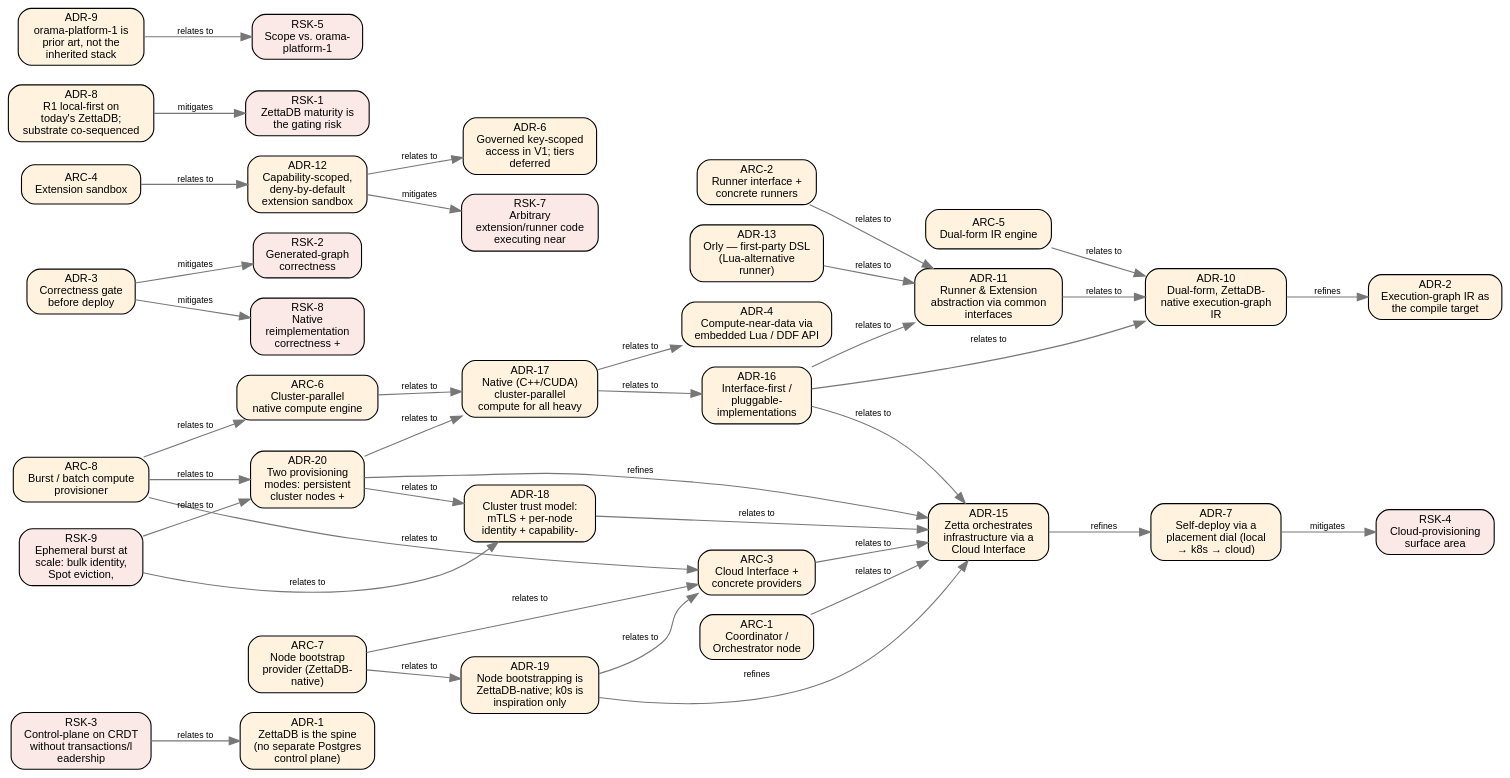
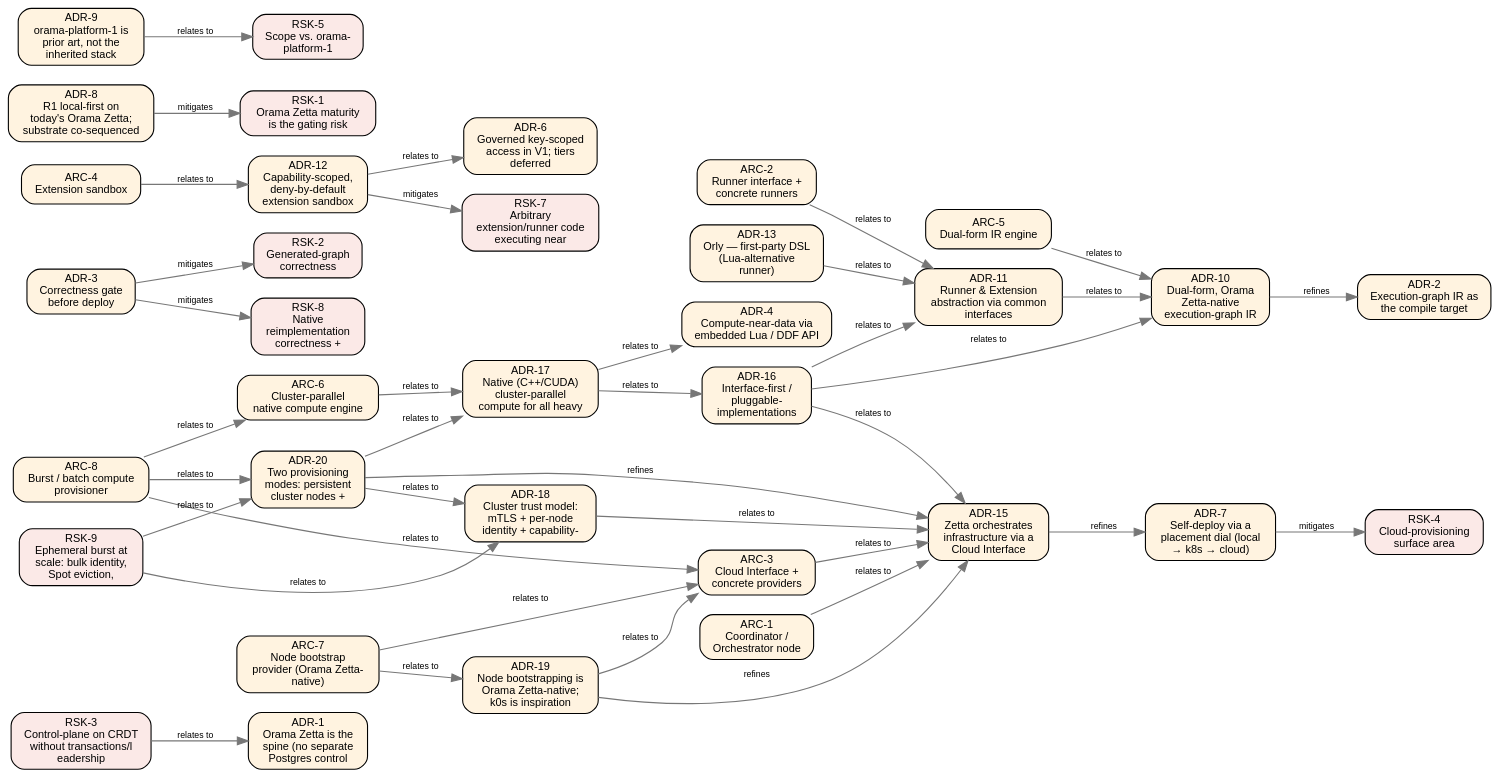
Before and after one commit to oramasearch/zetta-docs: the diagram in docs/diagrams/architecture.dot, drawn with Graphviz. The commit also changed 18 other files, not shown here.

First line of the commit message:
docs: re-sync from blueprint — Orama Zetta rename, decision ADRs, UC-1 build-out

```diff
--- a/docs/diagrams/architecture.dot
+++ b/docs/diagrams/architecture.dot
@@ -1,75 +1,75 @@
 digraph architecture {
   rankdir=LR; bgcolor="transparent";
   node [shape=box style="rounded,filled" fontname="Helvetica" fontsize=10];
   edge [fontname="Helvetica" fontsize=8 color="#777777"];
-  "ADR-1" [label="ADR-1\nZettaDB is the spine\n(no separate Postgres\ncontrol plane)", fillcolor="#fff3e0"];
+  "ADR-1" [label="ADR-1\nOrama Zetta is the\nspine (no separate\nPostgres control", fillcolor="#fff3e0"];
   "ADR-2" [label="ADR-2\nExecution-graph IR as\nthe compile target", fillcolor="#fff3e0"];
   "ADR-3" [label="ADR-3\nCorrectness gate\nbefore deploy", fillcolor="#fff3e0"];
   "ADR-4" [label="ADR-4\nCompute-near-data via\nembedded Lua / DDF API", fillcolor="#fff3e0"];
   "ADR-6" [label="ADR-6\nGoverned key-scoped\naccess in V1; tiers\ndeferred", fillcolor="#fff3e0"];
   "ADR-7" [label="ADR-7\nSelf-deploy via a\nplacement dial (local\n→ k8s → cloud)", fillcolor="#fff3e0"];
-  "ADR-8" [label="ADR-8\nR1 local-first on\ntoday's ZettaDB;\nsubstrate co-sequenced", fillcolor="#fff3e0"];
+  "ADR-8" [label="ADR-8\nR1 local-first on\ntoday's Orama Zetta;\nsubstrate co-sequenced", fillcolor="#fff3e0"];
   "ADR-9" [label="ADR-9\norama-platform-1 is\nprior art, not the\ninherited stack", fillcolor="#fff3e0"];
-  "ADR-10" [label="ADR-10\nDual-form, ZettaDB-\nnative execution-graph\nIR", fillcolor="#fff3e0"];
+  "ADR-10" [label="ADR-10\nDual-form, Orama\nZetta-native\nexecution-graph IR", fillcolor="#fff3e0"];
   "ADR-11" [label="ADR-11\nRunner & Extension\nabstraction via common\ninterfaces", fillcolor="#fff3e0"];
   "ADR-12" [label="ADR-12\nCapability-scoped,\ndeny-by-default\nextension sandbox", fillcolor="#fff3e0"];
   "ADR-13" [label="ADR-13\nOrly — first-party DSL\n(Lua-alternative\nrunner)", fillcolor="#fff3e0"];
   "ADR-15" [label="ADR-15\nZetta orchestrates\ninfrastructure via a\nCloud Interface", fillcolor="#fff3e0"];
   "ADR-16" [label="ADR-16\nInterface-first /\npluggable-\nimplementations", fillcolor="#fff3e0"];
   "ADR-17" [label="ADR-17\nNative (C++/CUDA)\ncluster-parallel\ncompute for all heavy", fillcolor="#fff3e0"];
   "ADR-18" [label="ADR-18\nCluster trust model:\nmTLS + per-node\nidentity + capability-", fillcolor="#fff3e0"];
-  "ADR-19" [label="ADR-19\nNode bootstrapping is\nZettaDB-native; k0s is\ninspiration only", fillcolor="#fff3e0"];
+  "ADR-19" [label="ADR-19\nNode bootstrapping is\nOrama Zetta-native;\nk0s is inspiration", fillcolor="#fff3e0"];
   "ADR-20" [label="ADR-20\nTwo provisioning\nmodes: persistent\ncluster nodes +", fillcolor="#fff3e0"];
   "ARC-1" [label="ARC-1\nCoordinator /\nOrchestrator node", fillcolor="#fff3e0"];
   "ARC-2" [label="ARC-2\nRunner interface +\nconcrete runners", fillcolor="#fff3e0"];
   "ARC-3" [label="ARC-3\nCloud Interface +\nconcrete providers", fillcolor="#fff3e0"];
   "ARC-4" [label="ARC-4\nExtension sandbox", fillcolor="#fff3e0"];
   "ARC-5" [label="ARC-5\nDual-form IR engine", fillcolor="#fff3e0"];
   "ARC-6" [label="ARC-6\nCluster-parallel\nnative compute engine", fillcolor="#fff3e0"];
-  "ARC-7" [label="ARC-7\nNode bootstrap\nprovider (ZettaDB-\nnative)", fillcolor="#fff3e0"];
+  "ARC-7" [label="ARC-7\nNode bootstrap\nprovider (Orama Zetta-\nnative)", fillcolor="#fff3e0"];
   "ARC-8" [label="ARC-8\nBurst / batch compute\nprovisioner", fillcolor="#fff3e0"];
-  "RSK-1" [label="RSK-1\nZettaDB maturity is\nthe gating risk", fillcolor="#fbe9e7"];
+  "RSK-1" [label="RSK-1\nOrama Zetta maturity\nis the gating risk", fillcolor="#fbe9e7"];
   "RSK-2" [label="RSK-2\nGenerated-graph\ncorrectness", fillcolor="#fbe9e7"];
   "RSK-3" [label="RSK-3\nControl-plane on CRDT\nwithout transactions/l\neadership", fillcolor="#fbe9e7"];
   "RSK-4" [label="RSK-4\nCloud-provisioning\nsurface area", fillcolor="#fbe9e7"];
   "RSK-5" [label="RSK-5\nScope vs. orama-\nplatform-1", fillcolor="#fbe9e7"];
   "RSK-7" [label="RSK-7\nArbitrary\nextension/runner code\nexecuting near", fillcolor="#fbe9e7"];
   "RSK-8" [label="RSK-8\nNative\nreimplementation\ncorrectness +", fillcolor="#fbe9e7"];
   "RSK-9" [label="RSK-9\nEphemeral burst at\nscale: bulk identity,\nSpot eviction,", fillcolor="#fbe9e7"];
   "ADR-10" -> "ADR-2" [label="refines"];
   "ADR-11" -> "ADR-10" [label="relates to"];
   "ADR-12" -> "RSK-7" [label="mitigates"];
   "ADR-12" -> "ADR-6" [label="relates to"];
   "ADR-13" -> "ADR-11" [label="relates to"];
   "ADR-15" -> "ADR-7" [label="refines"];
   "ADR-16" -> "ADR-10" [label="relates to"];
   "ADR-16" -> "ADR-11" [label="relates to"];
   "ADR-16" -> "ADR-15" [label="relates to"];
   "ADR-17" -> "ADR-16" [label="relates to"];
   "ADR-17" -> "ADR-4" [label="relates to"];
   "ADR-18" -> "ADR-15" [label="relates to"];
   "ADR-19" -> "ADR-15" [label="refines"];
   "ADR-19" -> "ARC-3" [label="relates to"];
   "ADR-20" -> "ADR-15" [label="refines"];
   "ADR-20" -> "ADR-17" [label="relates to"];
   "ADR-20" -> "ADR-18" [label="relates to"];
   "ADR-3" -> "RSK-2" [label="mitigates"];
   "ADR-3" -> "RSK-8" [label="mitigates"];
   "ADR-7" -> "RSK-4" [label="mitigates"];
   "ADR-8" -> "RSK-1" [label="mitigates"];
   "ADR-9" -> "RSK-5" [label="relates to"];
   "ARC-1" -> "ADR-15" [label="relates to"];
   "ARC-2" -> "ADR-11" [label="relates to"];
   "ARC-3" -> "ADR-15" [label="relates to"];
   "ARC-4" -> "ADR-12" [label="relates to"];
   "ARC-5" -> "ADR-10" [label="relates to"];
   "ARC-6" -> "ADR-17" [label="relates to"];
   "ARC-7" -> "ADR-19" [label="relates to"];
   "ARC-7" -> "ARC-3" [label="relates to"];
   "ARC-8" -> "ADR-20" [label="relates to"];
   "ARC-8" -> "ARC-3" [label="relates to"];
   "ARC-8" -> "ARC-6" [label="relates to"];
   "RSK-3" -> "ADR-1" [label="relates to"];
   "RSK-9" -> "ADR-18" [label="relates to"];
   "RSK-9" -> "ADR-20" [label="relates to"];
 }
```
